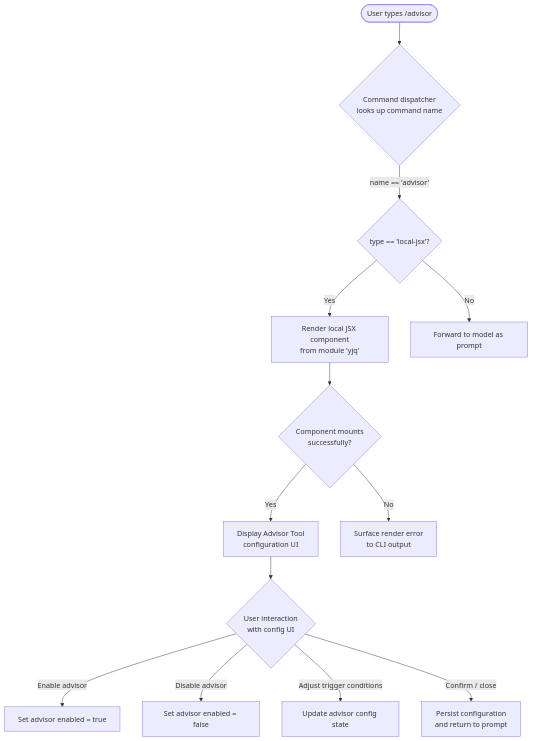
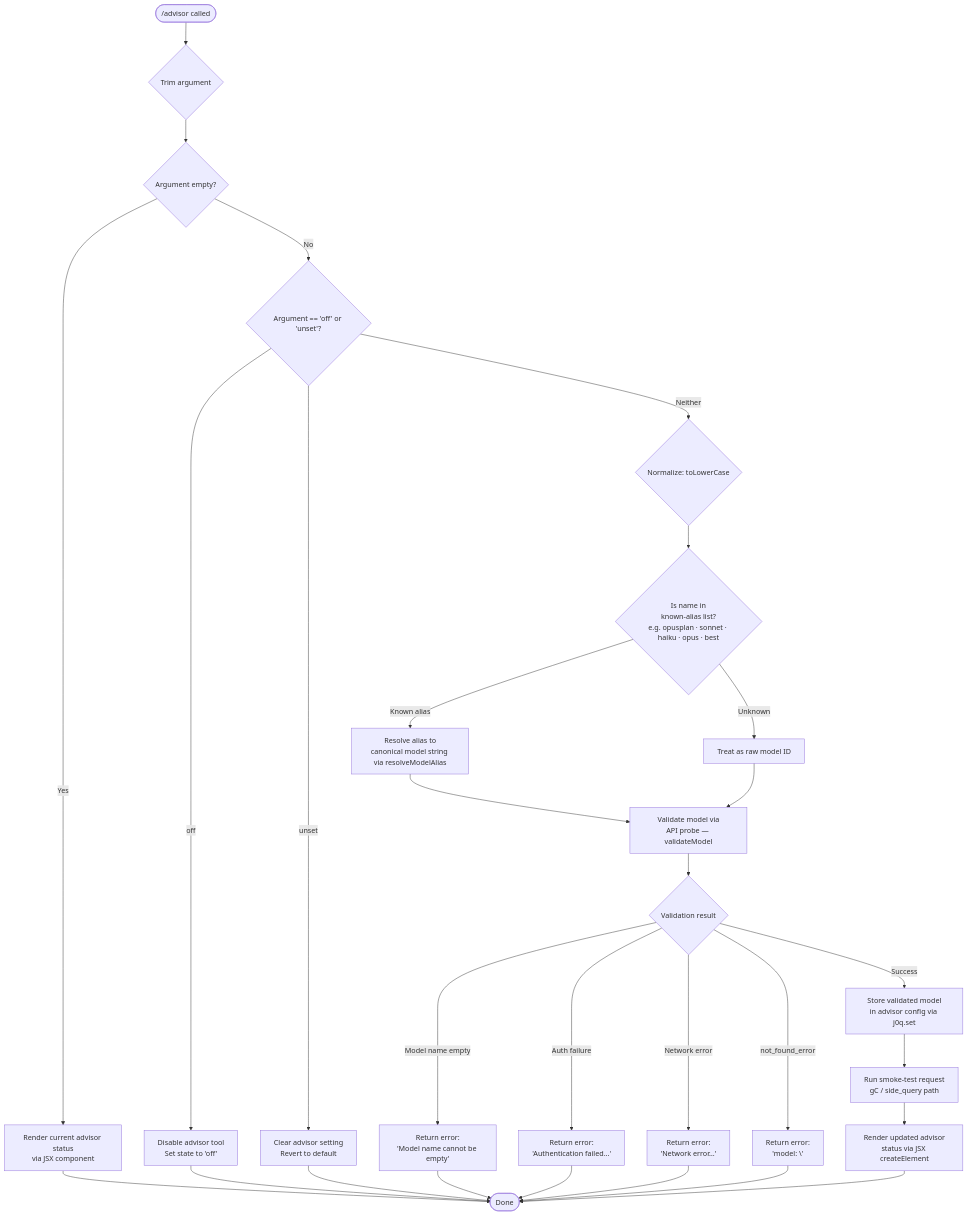
The diagram in versions/v2.1.141/advisor.md (MyLittleLuckyDog/cc-gnothi), drawn with Mermaid before and after one commit. The commit also changed other lines of this file and 483 other files, not shown here.

````diff
--- a/versions/v2.1.141/advisor.md
+++ b/versions/v2.1.141/advisor.md
@@ -51,15 +56,31 @@
 ```mermaid
 flowchart TD
-    A([User types /advisor]) --> B{Command dispatcher\nlooks up command name}
-    B -->|name == 'advisor'| C{type == 'local-jsx'?}
-    C -->|Yes| D[Render local JSX component\nfrom module 'yjq']
-    C -->|No| E[Forward to model as prompt]
-    D --> F{Component mounts\nsuccessfully?}
-    F -->|Yes| G[Display Advisor Tool\nconfiguration UI]
-    F -->|No| H[Surface render error\nto CLI output]
-    G --> I{User interaction\nwith config UI}
-    I -->|Enable advisor| J[Set advisor enabled = true]
-    I -->|Disable advisor| K[Set advisor enabled = false]
-    I -->|Adjust trigger conditions| L[Update advisor config state]
-    I -->|Confirm / close| M[Persist configuration\nand return to prompt]
+    A(["/advisor called"]) --> B{Trim argument}
+    B --> C{Argument empty?}
+    C -- Yes --> D[Render current advisor status\nvia JSX component]
+    C -- No --> E{Argument == 'off' or 'unset'?}
+    E -- "off" --> F[Disable advisor tool\nSet state to 'off']
+    E -- "unset" --> G[Clear advisor setting\nRevert to default]
+    E -- Neither --> H{Normalize: toLowerCase}
+    H --> I{Is name in\nknown-alias list?\ne.g. opusplan · sonnet · haiku · opus · best}
+    I -- Known alias --> J[Resolve alias to\ncanonical model string via resolveModelAlias]
+    I -- Unknown --> K[Treat as raw model ID]
+    J --> L[Validate model via\nAPI probe — validateModel]
+    K --> L
+    L --> M{Validation result}
+    M -- "Model name empty" --> N[Return error:\n'Model name cannot be empty']
+    M -- Auth failure --> O[Return error:\n'Authentication failed…']
+    M -- Network error --> P[Return error:\n'Network error…']
+    M -- not_found_error --> Q[Return error:\n'model: \<name\>']
+    M -- Success --> R[Store validated model\nin advisor config via j0q.set]
+    R --> S[Run smoke-test request\ngC / side_query path]
+    S --> T[Render updated advisor\nstatus via JSX createElement]
+    D --> Z([Done])
+    F --> Z
+    G --> Z
+    N --> Z
+    O --> Z
+    P --> Z
+    Q --> Z
+    T --> Z
 ```
````
